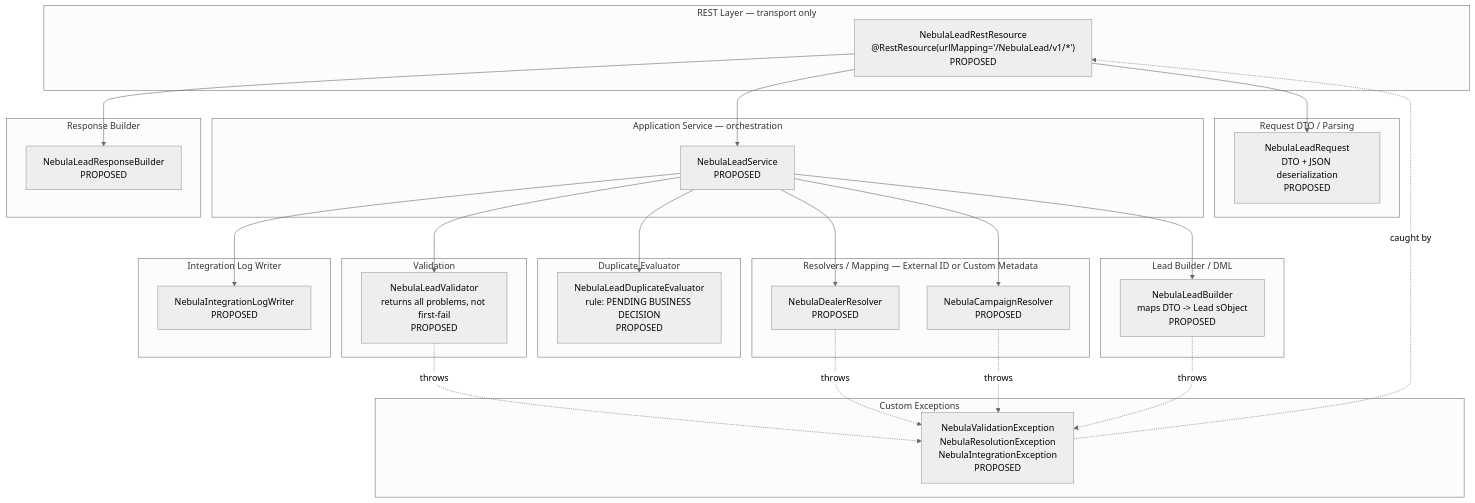
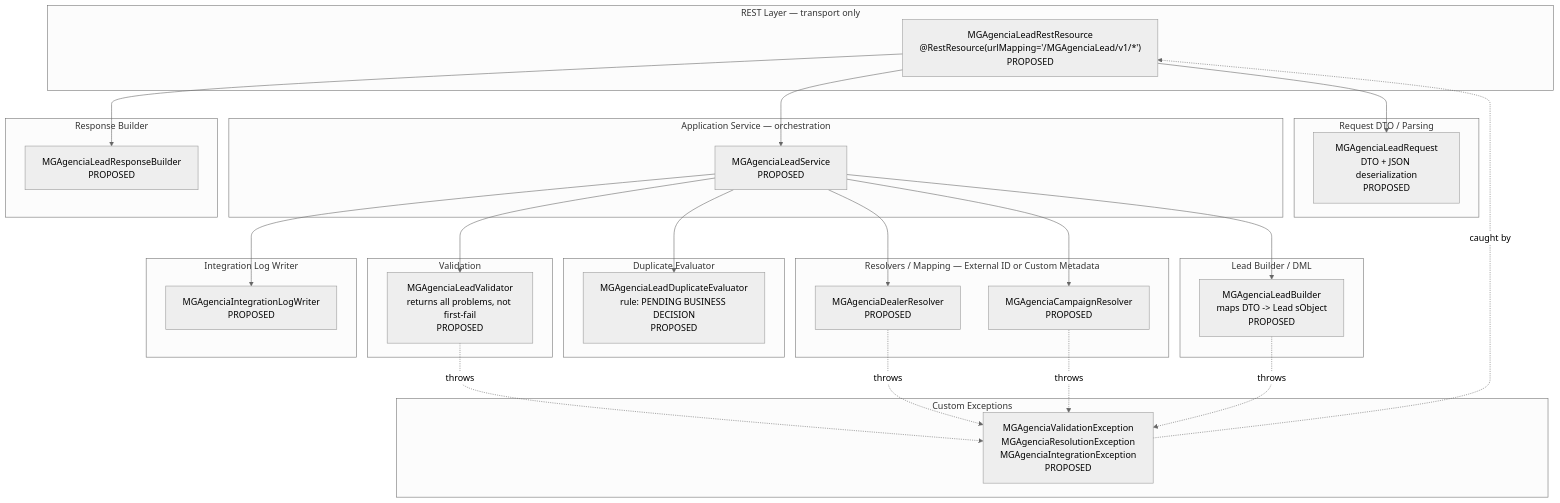
The second of 2 diagrams in docs/ARCHITECTURE.md (hansselmirabal-spec/Api-MG-), drawn with Mermaid (neutral theme) before and after one commit. The commit also changed other lines of this file and 105 other files, not shown here.

Commit message:
refactor: rename provider from Nebula to MGAgencia across code, metadata and docs

````diff
--- a/docs/ARCHITECTURE.md
+++ b/docs/ARCHITECTURE.md
@@ -97,49 +97,49 @@
 ```mermaid
 flowchart TB
     subgraph Transport["REST Layer — transport only"]
-        A["NebulaLeadRestResource<br/>@RestResource(urlMapping='/NebulaLead/v1/*')<br/>PROPOSED"]
+        A["MGAgenciaLeadRestResource<br/>@RestResource(urlMapping='/MGAgenciaLead/v1/*')<br/>PROPOSED"]
     end
     subgraph Parsing["Request DTO / Parsing"]
-        C["NebulaLeadRequest<br/>DTO + JSON deserialization<br/>PROPOSED"]
+        C["MGAgenciaLeadRequest<br/>DTO + JSON deserialization<br/>PROPOSED"]
     end
     subgraph AppService["Application Service — orchestration"]
-        B["NebulaLeadService<br/>PROPOSED"]
+        B["MGAgenciaLeadService<br/>PROPOSED"]
     end
     subgraph Validation["Validation"]
-        D["NebulaLeadValidator<br/>returns all problems, not first-fail<br/>PROPOSED"]
+        D["MGAgenciaLeadValidator<br/>returns all problems, not first-fail<br/>PROPOSED"]
     end
     subgraph Resolvers["Resolvers / Mapping — External ID or Custom Metadata"]
-        E["NebulaDealerResolver<br/>PROPOSED"]
-        F["NebulaCampaignResolver<br/>PROPOSED"]
+        E["MGAgenciaDealerResolver<br/>PROPOSED"]
+        F["MGAgenciaCampaignResolver<br/>PROPOSED"]
     end
     subgraph DupEval["Duplicate Evaluator"]
-        G["NebulaLeadDuplicateEvaluator<br/>rule: PENDING BUSINESS DECISION<br/>PROPOSED"]
+        G["MGAgenciaLeadDuplicateEvaluator<br/>rule: PENDING BUSINESS DECISION<br/>PROPOSED"]
     end
     subgraph LeadBuild["Lead Builder / DML"]
-        H["NebulaLeadBuilder<br/>maps DTO -> Lead sObject<br/>PROPOSED"]
+        H["MGAgenciaLeadBuilder<br/>maps DTO -> Lead sObject<br/>PROPOSED"]
     end
     subgraph LoggingL["Integration Log Writer"]
-        I["NebulaIntegrationLogWriter<br/>PROPOSED"]
+        I["MGAgenciaIntegrationLogWriter<br/>PROPOSED"]
     end
     subgraph RespBuild["Response Builder"]
-        J["NebulaLeadResponseBuilder<br/>PROPOSED"]
+        J["MGAgenciaLeadResponseBuilder<br/>PROPOSED"]
     end
     subgraph Exceptions["Custom Exceptions"]
-        K["NebulaValidationException<br/>NebulaResolutionException<br/>NebulaIntegrationException<br/>PROPOSED"]
+        K["MGAgenciaValidationException<br/>MGAgenciaResolutionException<br/>MGAgenciaIntegrationException<br/>PROPOSED"]
     end
 
     A --> C
     A --> B
     B --> D
     B --> E
     B --> F
     B --> G
     B --> H
     B --> I
     A --> J
     D -.throws.-> K
     E -.throws.-> K
     F -.throws.-> K
     H -.throws.-> K
     K -.caught by.-> A
 ```
````
